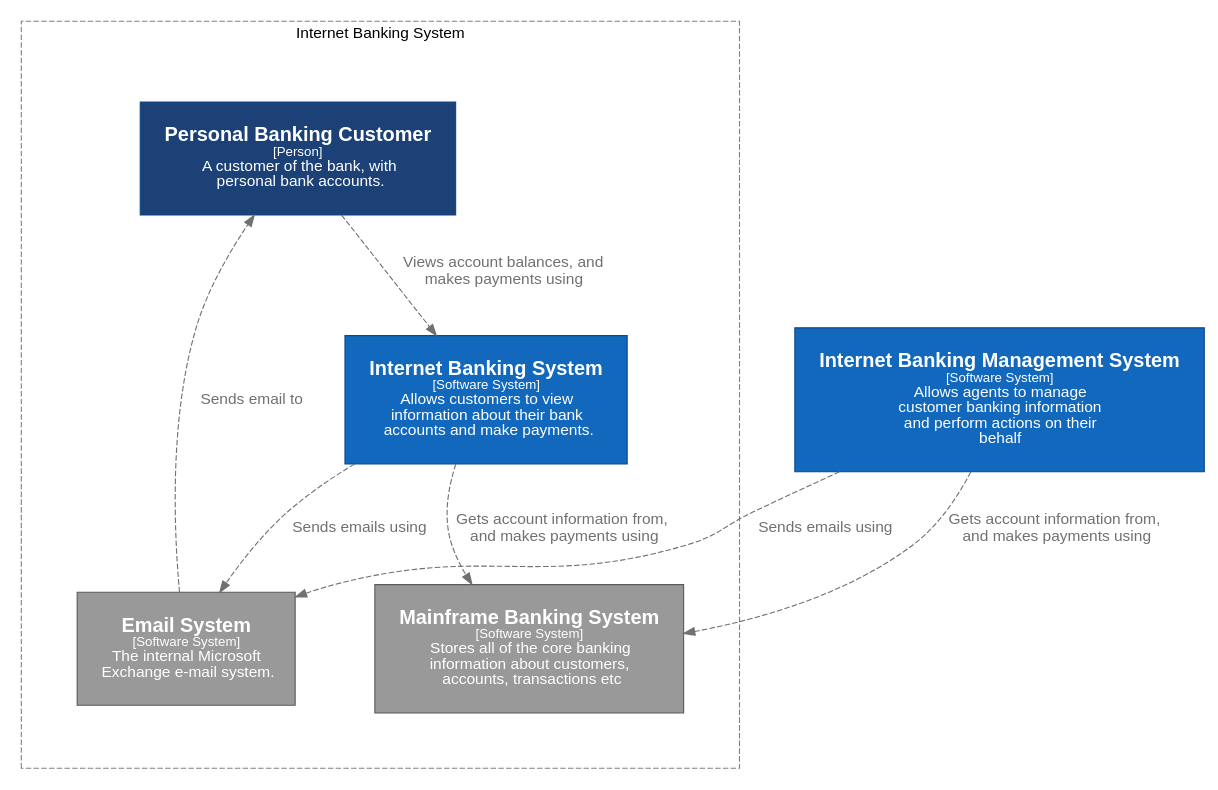
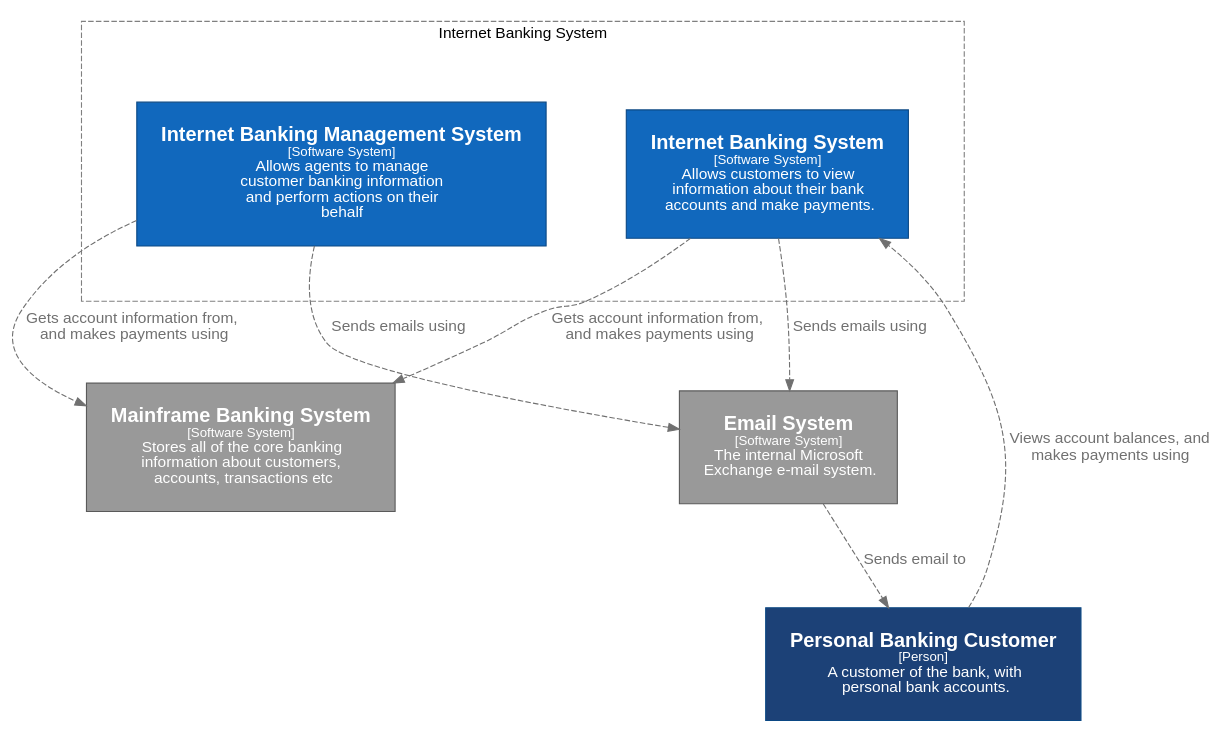
One commit to c4mjs/c4mjs changed the diagram in packages/graphviz/src/__stubs__/internetBanking.c1.dot. Above: the diagram before and after it, drawn with Graphviz. The commit also changed 45 other files, not shown here.

Commit message:
feat(graphviz): simplify workspace

```diff
--- a/packages/graphviz/src/__stubs__/internetBanking.c1.dot
+++ b/packages/graphviz/src/__stubs__/internetBanking.c1.dot
@@ -1,68 +1,68 @@
 digraph {
     compound=true
     graph [fontname="Arial", rankdir=TB, ranksep=1.0, nodesep=1.0]
     node [fontname="Arial", shape=box, margin="0.3,0.3"]
     edge [fontname="Arial"]
 
     subgraph cluster_internetBanking {
         label = "Internet Banking System"
         style = "dashed"
         color = "grey"
         margin="50,50"
         
-        customer [
-        id="customer",
+        internetBankingManagementSystem [
+        id="internetBankingManagementSystem",
         shape="rect",
-        label=<<font point-size="18"><b>Personal Banking Customer</b></font><br /><font point-size="12">[Person]</font><br /><font point-size="14">  A customer of the bank, with <br />personal bank accounts.</font>>,
+        label=<<font point-size="18"><b>Internet Banking Management System</b></font><br /><font point-size="12">[Software System]</font><br /><font point-size="14">  Allows agents to manage <br />customer banking information <br />and perform actions on their <br />behalf</font>>,
         style="filled",
         color="#0b4884",
-        fillcolor="#1C4177",
+        fillcolor="#1168bd",
         fontcolor="#ffffff"
     ]
 internetBankingSystem [
         id="internetBankingSystem",
         shape="rect",
         label=<<font point-size="18"><b>Internet Banking System</b></font><br /><font point-size="12">[Software System]</font><br /><font point-size="14">  Allows customers to view <br />information about their bank <br />accounts and make payments.</font>>,
         style="filled",
         color="#0b4884",
         fillcolor="#1168bd",
         fontcolor="#ffffff"
     ]
+        
+    }
+
+mainframeBankingSystem [
+        id="mainframeBankingSystem",
+        shape="rect",
+        label=<<font point-size="18"><b>Mainframe Banking System</b></font><br /><font point-size="12">[Software System]</font><br /><font point-size="14">  Stores all of the core banking <br />information about customers, <br />accounts, transactions etc</font>>,
+        style="filled",
+        color="#5a5a5a",
+        fillcolor="#999999",
+        fontcolor="#ffffff"
+    ]
 emailSystem [
         id="emailSystem",
         shape="rect",
         label=<<font point-size="18"><b>Email System</b></font><br /><font point-size="12">[Software System]</font><br /><font point-size="14">  The internal Microsoft <br />Exchange e-mail system.</font>>,
         style="filled",
         color="#5a5a5a",
         fillcolor="#999999",
         fontcolor="#ffffff"
     ]
-mainframeBankingSystem [
-        id="mainframeBankingSystem",
+customer [
+        id="customer",
         shape="rect",
-        label=<<font point-size="18"><b>Mainframe Banking System</b></font><br /><font point-size="12">[Software System]</font><br /><font point-size="14">  Stores all of the core banking <br />information about customers, <br />accounts, transactions etc</font>>,
+        label=<<font point-size="18"><b>Personal Banking Customer</b></font><br /><font point-size="12">[Person]</font><br /><font point-size="14">  A customer of the bank, with <br />personal bank accounts.</font>>,
         style="filled",
-        color="#5a5a5a",
-        fillcolor="#999999",
+        color="#0b4884",
+        fillcolor="#1C4177",
         fontcolor="#ffffff"
     ]
-        
-    }
-
-internetBankingManagementSystem [
-        id="internetBankingManagementSystem",
-        shape="rect",
-        label=<<font point-size="18"><b>Internet Banking Management System</b></font><br /><font point-size="12">[Software System]</font><br /><font point-size="14">  Allows agents to manage <br />customer banking information <br />and perform actions on their <br />behalf</font>>,
-        style="filled",
-        color="#0b4884",
-        fillcolor="#1168bd",
-        fontcolor="#ffffff"
-    ]
-customer -> internetBankingSystem [ id="100000", label=<<font point-size="14">  Views account balances, and <br />makes payments using</font>>, style="dashed", color="#707070", fontcolor="#707070" ]
-internetBankingSystem -> emailSystem [ id="100001", label=<<font point-size="14">  Sends emails using</font>>, style="dashed", color="#707070", fontcolor="#707070" ]
-internetBankingSystem -> mainframeBankingSystem [ id="100002", label=<<font point-size="14">  Gets account information from, <br />and makes payments using</font>>, style="dashed", color="#707070", fontcolor="#707070" ]
-emailSystem -> customer [ id="100012", label=<<font point-size="14">  Sends email to</font>>, style="dashed", color="#707070", fontcolor="#707070" ]
-internetBankingManagementSystem -> emailSystem [ id="100014", label=<<font point-size="14">  Sends emails using</font>>, style="dashed", color="#707070", fontcolor="#707070" ]
-internetBankingManagementSystem -> mainframeBankingSystem [ id="100015", label=<<font point-size="14">  Gets account information from, <br />and makes payments using</font>>, style="dashed", color="#707070", fontcolor="#707070" ]
+internetBankingManagementSystem -> mainframeBankingSystem [ id="100002", label=<<font point-size="14">  Gets account information from, <br />and makes payments using</font>>, style="dashed", color="#707070", fontcolor="#707070" ]
+internetBankingManagementSystem -> emailSystem [ id="100003", label=<<font point-size="14">  Sends emails using</font>>, style="dashed", color="#707070", fontcolor="#707070" ]
+customer -> internetBankingSystem [ id="100004", label=<<font point-size="14">  Views account balances, and <br />makes payments using</font>>, style="dashed", color="#707070", fontcolor="#707070" ]
+emailSystem -> customer [ id="100006", label=<<font point-size="14">  Sends email to</font>>, style="dashed", color="#707070", fontcolor="#707070" ]
+internetBankingSystem -> emailSystem [ id="100008", label=<<font point-size="14">  Sends emails using</font>>, style="dashed", color="#707070", fontcolor="#707070" ]
+internetBankingSystem -> mainframeBankingSystem [ id="100009", label=<<font point-size="14">  Gets account information from, <br />and makes payments using</font>>, style="dashed", color="#707070", fontcolor="#707070" ]
      
 }
```
